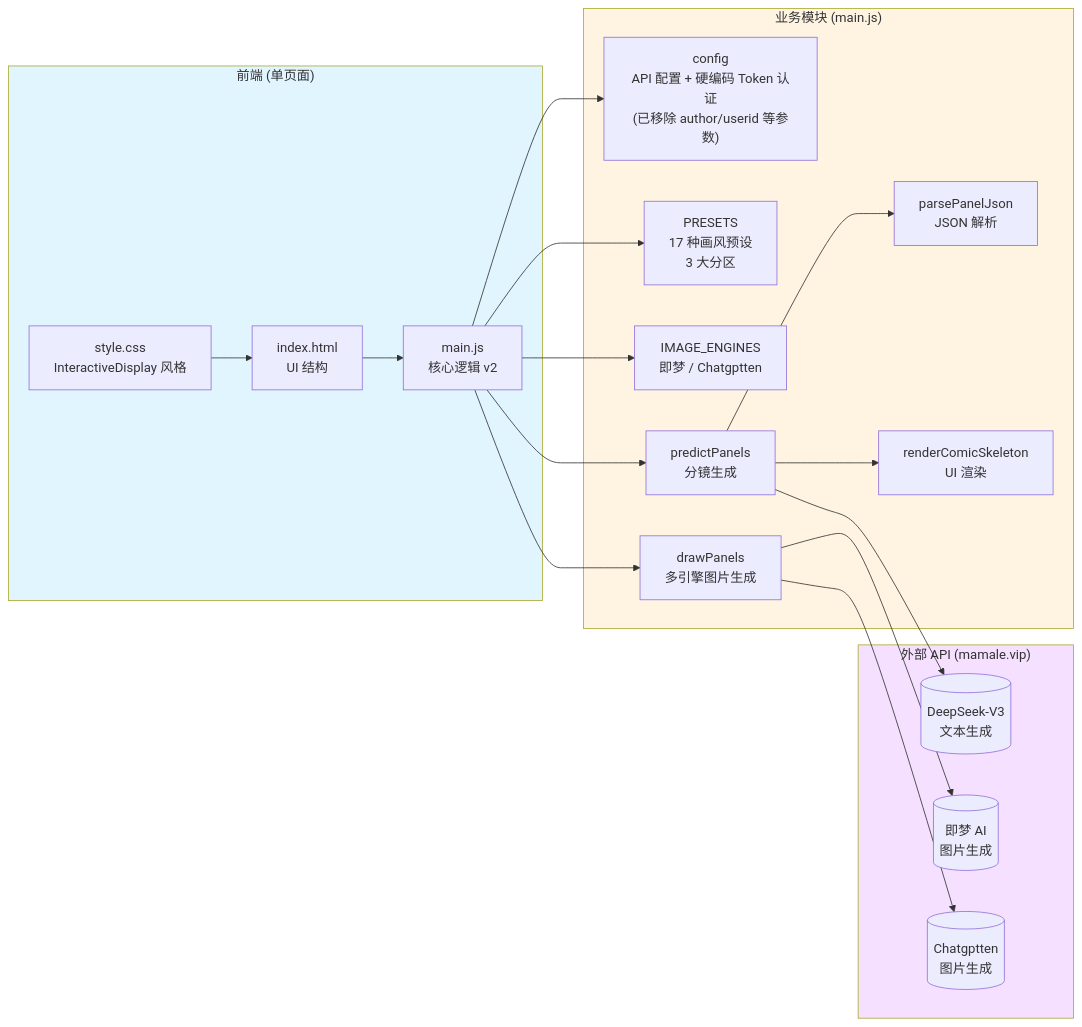
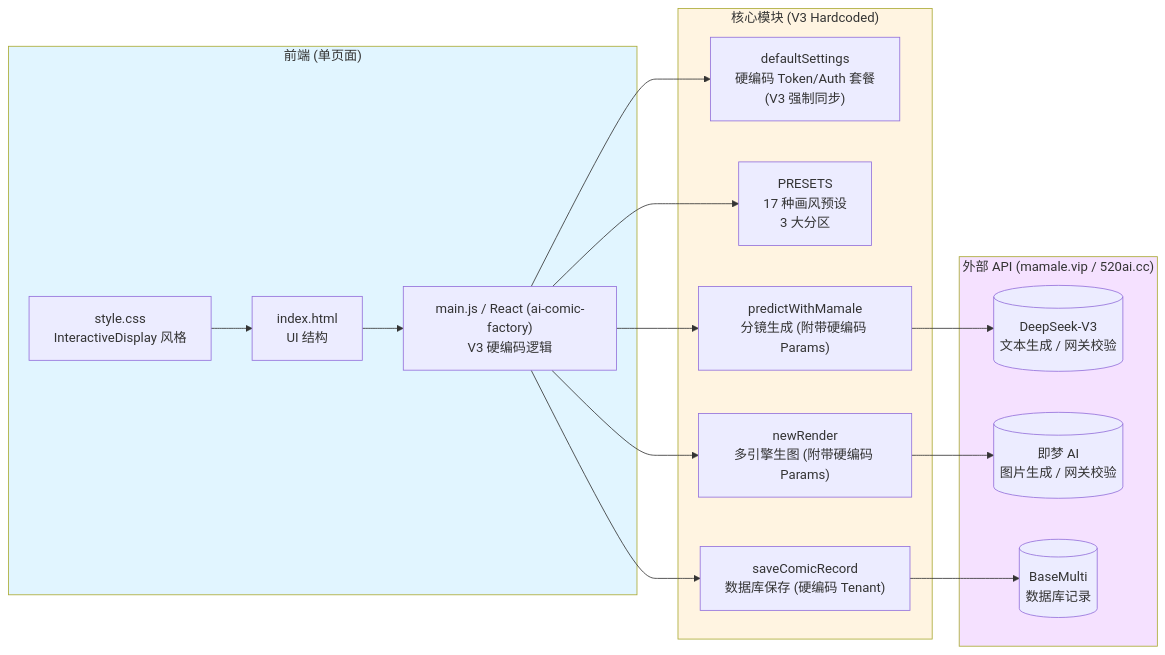
Before and after one commit to gersy0716-cloud/CompanyMAMALE: the fourth of 4 diagrams in 项目/待完成项目/生成漫画/docs/工作流程图.md, drawn with Mermaid. The commit also changed other lines of this file and 28 other files, not shown here.

Commit message:
feat: complete UI integration, fix auth parameters and cleanup engines

````diff
--- a/项目/待完成项目/生成漫画/docs/工作流程图.md
+++ b/项目/待完成项目/生成漫画/docs/工作流程图.md
@@ -159,41 +159,37 @@
 ```mermaid
 flowchart LR
     subgraph Frontend["前端 (单页面)"]
         HTML["index.html\nUI 结构"]
         CSS["style.css\nInteractiveDisplay 风格"]
-        JS["main.js\n核心逻辑 v2"]
+        JS["main.js / React (ai-comic-factory)\nV3 硬编码逻辑"]
     end
 
-    subgraph Logic["业务模块 (main.js)"]
-        Config["config\nAPI 配置 + 硬编码 Token 认证\n(已移除 author/userid 等参数)"]
+    subgraph Logic["核心模块 (V3 Hardcoded)"]
+        Config["defaultSettings\n硬编码 Token/Auth 套餐\n(V3 强制同步)"]
         Presets["PRESETS\n17 种画风预设\n3 大分区"]
-        Engines["IMAGE_ENGINES\n即梦 / Chatgptten"]
-        Predict["predictPanels\n分镜生成"]
-        Parse["parsePanelJson\nJSON 解析"]
-        Draw["drawPanels\n多引擎图片生成"]
-        Render["renderComicSkeleton\nUI 渲染"]
+        Predict["predictWithMamale\n分镜生成 (附带硬编码 Params)"]
+        Draw["newRender\n多引擎生图 (附带硬编码 Params)"]
+        DB["saveComicRecord\n数据库保存 (硬编码 Tenant)"]
     end
 
-    subgraph External["外部 API (mamale.vip)"]
-        DS[("DeepSeek-V3\n文本生成")]
-        JM[("即梦 AI\n图片生成")]
-        CT[("Chatgptten\n图片生成")]
+    subgraph External["外部 API (mamale.vip / 520ai.cc)"]
+        DS[("DeepSeek-V3\n文本生成 / 网关校验")]
+        JM[("即梦 AI\n图片生成 / 网关校验")]
+        Multi[("BaseMulti\n数据库记录")]
     end
 
     HTML --> JS
     CSS --> HTML
     JS --> Config
     JS --> Presets
-    JS --> Engines
     JS --> Predict
     JS --> Draw
-    Predict --> Parse
+    JS --> DB
     Predict --> DS
     Draw --> JM
-    Draw --> CT
-    Predict --> Render
+    DB --> Multi
 
     style Frontend fill:#e1f5ff
     style Logic fill:#fff4e1
     style External fill:#f5e1ff
 ```
````
